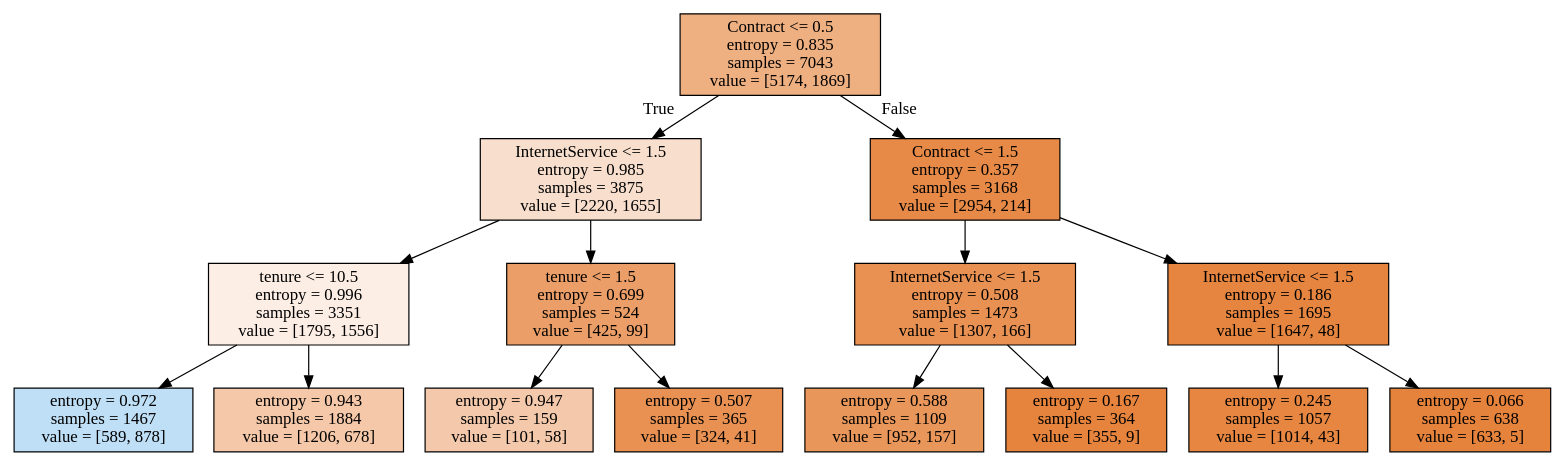
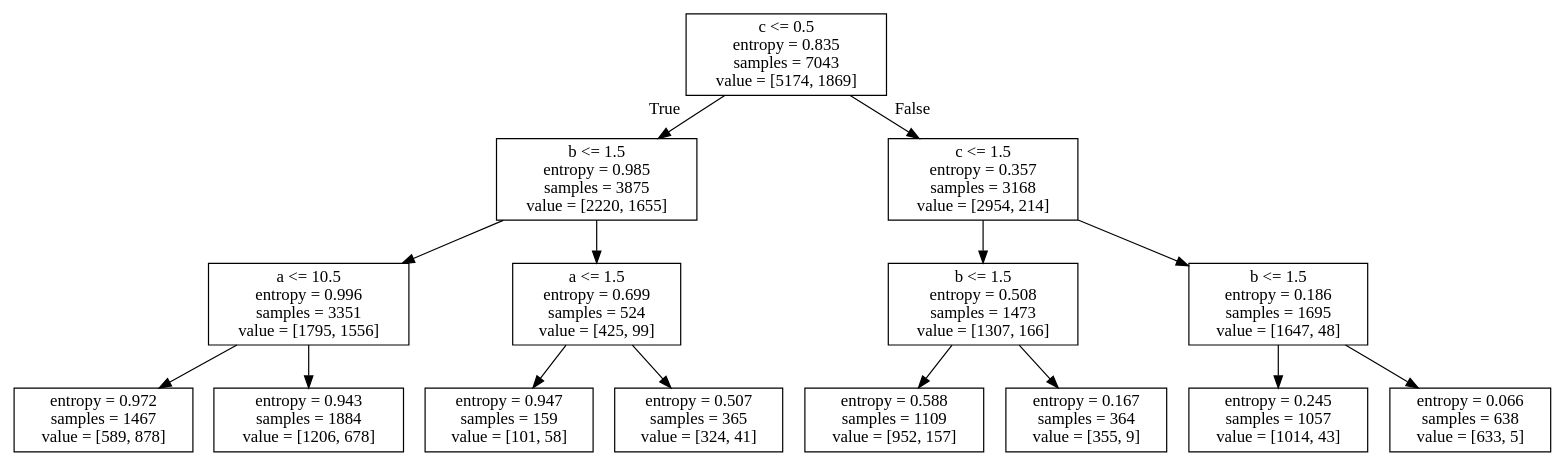
One commit to greatgomer/Task2_ML changed the diagram in img/small_tree.dot. Above: the diagram before and after it, drawn with Graphviz. The commit also changed 5 other files, not shown here.

```diff
--- a/img/small_tree.dot
+++ b/img/small_tree.dot
@@ -1,32 +1,32 @@
 digraph Tree {
-node [shape=box, style="filled", color="black"] ;
-0 [label="Contract <= 0.5\nentropy = 0.835\nsamples = 7043\nvalue = [5174, 1869]", fillcolor="#eeaf81"] ;
-1 [label="InternetService <= 1.5\nentropy = 0.985\nsamples = 3875\nvalue = [2220, 1655]", fillcolor="#f8dfcd"] ;
+node [shape=box] ;
+0 [label="c <= 0.5\nentropy = 0.835\nsamples = 7043\nvalue = [5174, 1869]"] ;
+1 [label="b <= 1.5\nentropy = 0.985\nsamples = 3875\nvalue = [2220, 1655]"] ;
 0 -> 1 [labeldistance=2.5, labelangle=45, headlabel="True"] ;
-2 [label="tenure <= 10.5\nentropy = 0.996\nsamples = 3351\nvalue = [1795, 1556]", fillcolor="#fceee5"] ;
+2 [label="a <= 10.5\nentropy = 0.996\nsamples = 3351\nvalue = [1795, 1556]"] ;
 1 -> 2 ;
-3 [label="entropy = 0.972\nsamples = 1467\nvalue = [589, 878]", fillcolor="#bedff6"] ;
+3 [label="entropy = 0.972\nsamples = 1467\nvalue = [589, 878]"] ;
 2 -> 3 ;
-4 [label="entropy = 0.943\nsamples = 1884\nvalue = [1206, 678]", fillcolor="#f4c8a8"] ;
+4 [label="entropy = 0.943\nsamples = 1884\nvalue = [1206, 678]"] ;
 2 -> 4 ;
-5 [label="tenure <= 1.5\nentropy = 0.699\nsamples = 524\nvalue = [425, 99]", fillcolor="#eb9e67"] ;
+5 [label="a <= 1.5\nentropy = 0.699\nsamples = 524\nvalue = [425, 99]"] ;
 1 -> 5 ;
-6 [label="entropy = 0.947\nsamples = 159\nvalue = [101, 58]", fillcolor="#f4c9ab"] ;
+6 [label="entropy = 0.947\nsamples = 159\nvalue = [101, 58]"] ;
 5 -> 6 ;
-7 [label="entropy = 0.507\nsamples = 365\nvalue = [324, 41]", fillcolor="#e89152"] ;
+7 [label="entropy = 0.507\nsamples = 365\nvalue = [324, 41]"] ;
 5 -> 7 ;
-8 [label="Contract <= 1.5\nentropy = 0.357\nsamples = 3168\nvalue = [2954, 214]", fillcolor="#e78a47"] ;
+8 [label="c <= 1.5\nentropy = 0.357\nsamples = 3168\nvalue = [2954, 214]"] ;
 0 -> 8 [labeldistance=2.5, labelangle=-45, headlabel="False"] ;
-9 [label="InternetService <= 1.5\nentropy = 0.508\nsamples = 1473\nvalue = [1307, 166]", fillcolor="#e89152"] ;
+9 [label="b <= 1.5\nentropy = 0.508\nsamples = 1473\nvalue = [1307, 166]"] ;
 8 -> 9 ;
-10 [label="entropy = 0.588\nsamples = 1109\nvalue = [952, 157]", fillcolor="#e9965a"] ;
+10 [label="entropy = 0.588\nsamples = 1109\nvalue = [952, 157]"] ;
 9 -> 10 ;
-11 [label="entropy = 0.167\nsamples = 364\nvalue = [355, 9]", fillcolor="#e6843e"] ;
+11 [label="entropy = 0.167\nsamples = 364\nvalue = [355, 9]"] ;
 9 -> 11 ;
-12 [label="InternetService <= 1.5\nentropy = 0.186\nsamples = 1695\nvalue = [1647, 48]", fillcolor="#e6853f"] ;
+12 [label="b <= 1.5\nentropy = 0.186\nsamples = 1695\nvalue = [1647, 48]"] ;
 8 -> 12 ;
-13 [label="entropy = 0.245\nsamples = 1057\nvalue = [1014, 43]", fillcolor="#e68641"] ;
+13 [label="entropy = 0.245\nsamples = 1057\nvalue = [1014, 43]"] ;
 12 -> 13 ;
-14 [label="entropy = 0.066\nsamples = 638\nvalue = [633, 5]", fillcolor="#e5823b"] ;
+14 [label="entropy = 0.066\nsamples = 638\nvalue = [633, 5]"] ;
 12 -> 14 ;
 }
```
